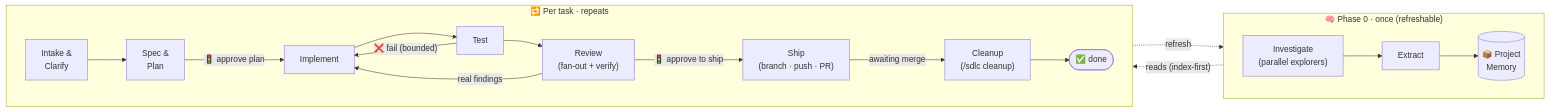
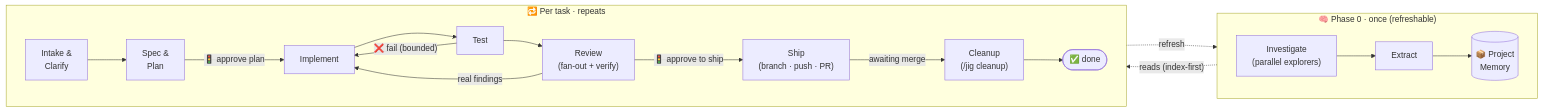
Before and after one commit to ultima95/sdlc-harness: the diagram in README.md, drawn with Mermaid. The commit also changed other lines of this file and 3 other files, not shown here.

````diff
--- a/README.md
+++ b/README.md
@@ -34,23 +34,23 @@
 ```mermaid
 flowchart LR
   subgraph P0["🧠 Phase 0 · once (refreshable)"]
     direction LR
     I["Investigate<br/>(parallel explorers)"] --> X["Extract"] --> M[("📦 Project<br/>Memory")]
   end
 
   subgraph LOOP["🔁 Per task · repeats"]
     direction LR
     IN["Intake &<br/>Clarify"] --> SP["Spec &<br/>Plan"]
     SP -->|"🚦 approve plan"| IM["Implement"]
     IM --> T["Test"]
     T -->|"❌ fail (bounded)"| IM
     T --> RV["Review<br/>(fan-out + verify)"]
     RV -->|"real findings"| IM
     RV -->|"🚦 approve to ship"| SH["Ship<br/>(branch · push · PR)"]
-    SH -->|"awaiting merge"| CL["Cleanup<br/>(/sdlc cleanup)"]
+    SH -->|"awaiting merge"| CL["Cleanup<br/>(/jig cleanup)"]
     CL --> DONE(["✅ done"])
   end
 
   M -. "reads (index-first)" .-> IN
   SH -. "refresh" .-> M
 ```
````
